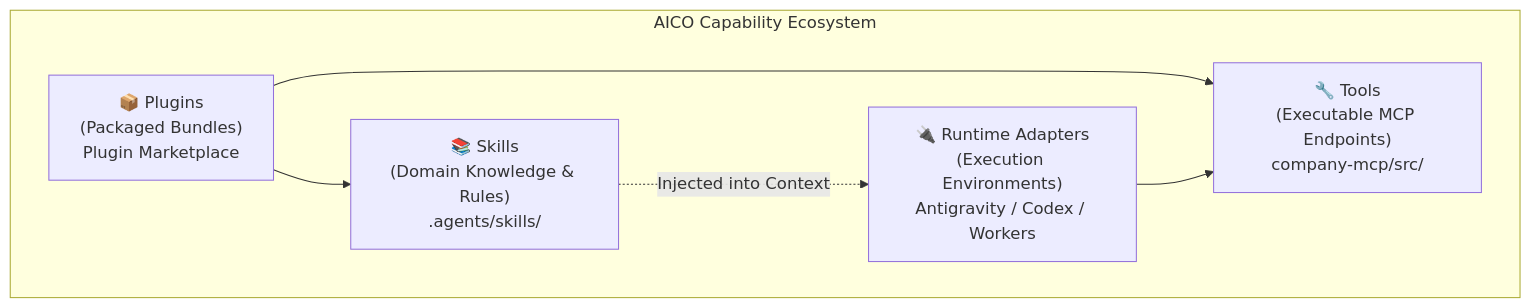
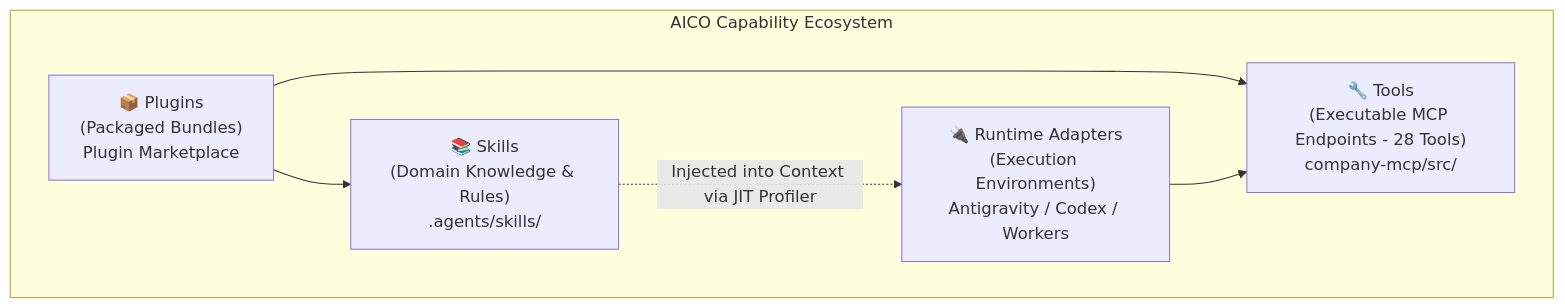
One commit to kietpro352010/AICO changed the first of 2 diagrams in docs/blueprint/v3/08_SKILLS_TOOLS_AND_PLUGIN_ECOSYSTEM.md. Above: the diagram before and after it, drawn with Mermaid. The commit also changed other lines of this file and 11 other files, not shown here.

````diff
--- a/docs/blueprint/v3/08_SKILLS_TOOLS_AND_PLUGIN_ECOSYSTEM.md
+++ b/docs/blueprint/v3/08_SKILLS_TOOLS_AND_PLUGIN_ECOSYSTEM.md
@@ -17,14 +18,14 @@
 ```mermaid
 flowchart TD
     subgraph Ecosystem ["AICO Capability Ecosystem"]
         Skills["📚 Skills\n(Domain Knowledge & Rules)\n.agents/skills/"]
-        Tools["🔧 Tools\n(Executable MCP Endpoints)\ncompany-mcp/src/"]
+        Tools["🔧 Tools\n(Executable MCP Endpoints - 28 Tools)\ncompany-mcp/src/"]
         Plugins["📦 Plugins\n(Packaged Bundles)\nPlugin Marketplace"]
         Adapters["🔌 Runtime Adapters\n(Execution Environments)\nAntigravity / Codex / Workers"]
     end
 
     Plugins --> Skills
     Plugins --> Tools
     Adapters --> Tools
-    Skills -. "Injected into Context" .-> Adapters
+    Skills -. "Injected into Context via JIT Profiler" .-> Adapters
 ```
````
